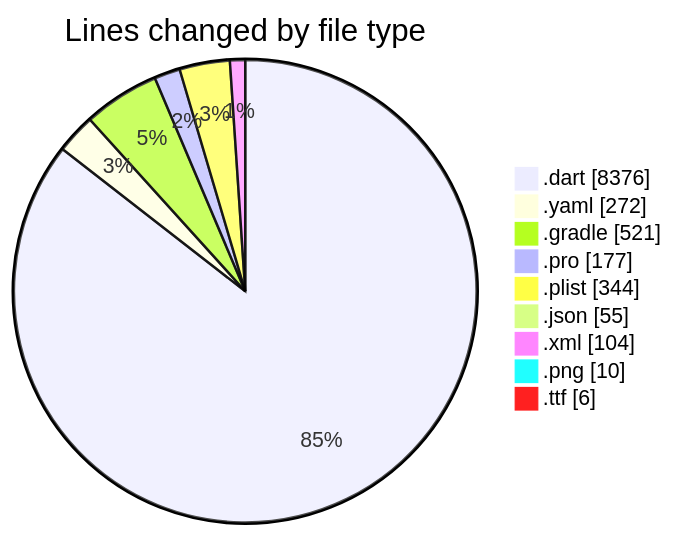
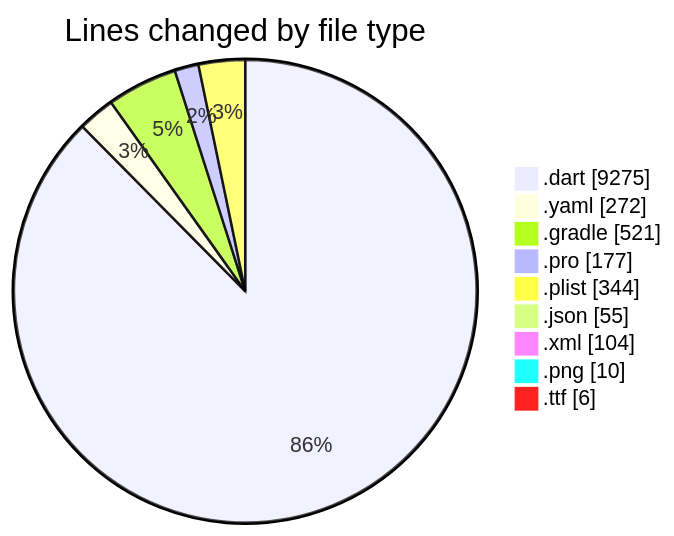
The first of 2 diagrams in 2025-07-29/appproject/README.md (lephambinh05/code-tracking), drawn with Mermaid before and after one commit. The commit also changed other lines of this file and 1 other file, not shown here.

````diff
--- a/2025-07-29/appproject/README.md
+++ b/2025-07-29/appproject/README.md
@@ -59,13 +60,13 @@
 ```mermaid
 pie showData
 title Lines changed by file type
-".dart" : 8376
+".dart" : 9275
 ".yaml" : 272
 ".gradle" : 521
 ".pro" : 177
 ".plist" : 344
 ".json" : 55
 ".xml" : 104
 ".png" : 10
 ".ttf" : 6
 ```
````
